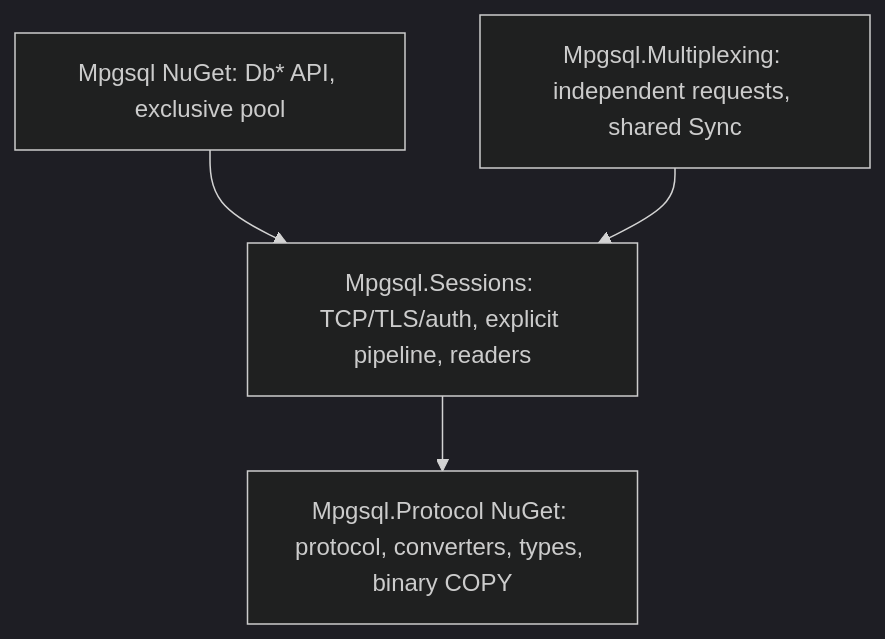
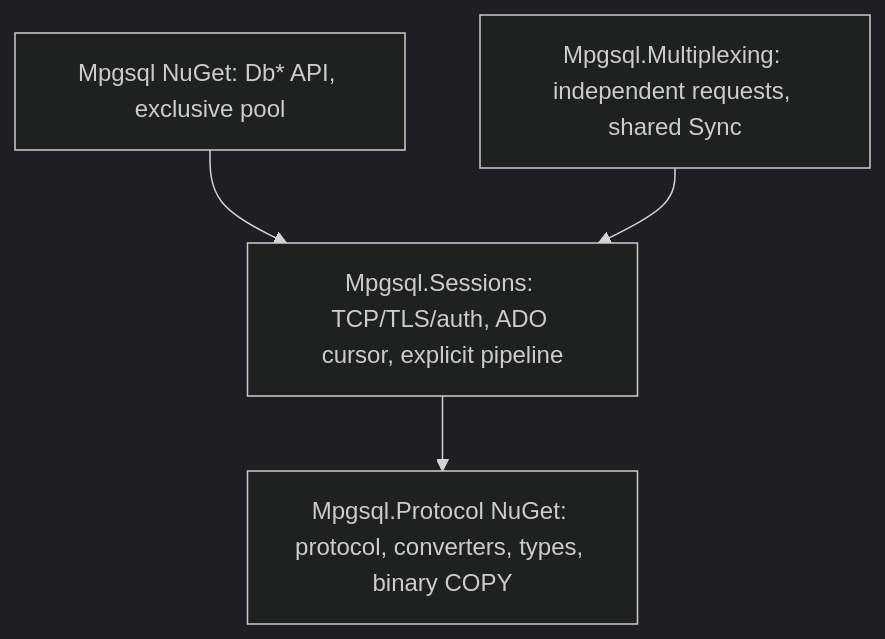
One commit to Gagarin23/mpgsql changed the diagram in docs/upper-api.md. Above: the diagram before and after it, drawn with Mermaid (dark theme). The commit also changed other lines of this file and 122 other files, not shown here.

````diff
--- a/docs/upper-api.md
+++ b/docs/upper-api.md
@@ -11,7 +11,7 @@
 ```mermaid
 flowchart TB
     Client["Mpgsql NuGet: Db* API, exclusive pool"] --> Sessions
     Multiplexing["Mpgsql.Multiplexing: independent requests, shared Sync"] --> Sessions
-    Sessions["Mpgsql.Sessions: TCP/TLS/auth, explicit pipeline, readers"] --> Core
+    Sessions["Mpgsql.Sessions: TCP/TLS/auth, ADO cursor, explicit pipeline"] --> Core
     Core["Mpgsql.Protocol NuGet: protocol, converters, types, binary COPY"]
 ```
````
